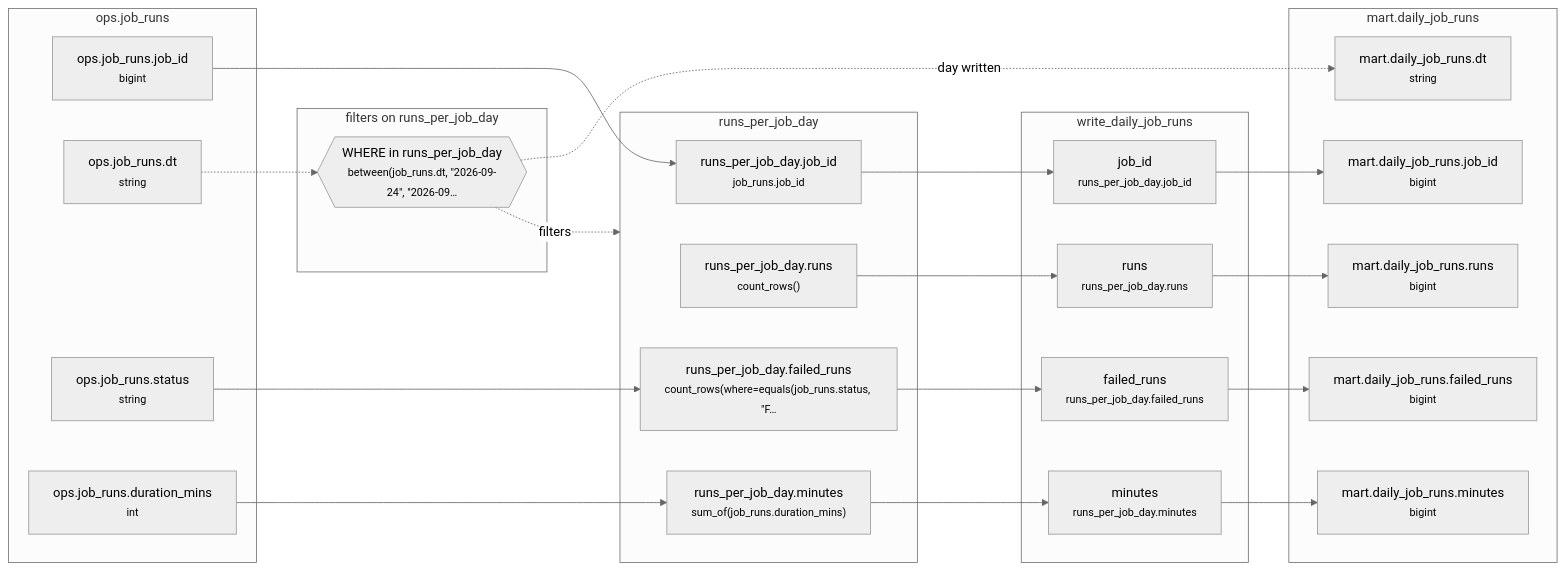
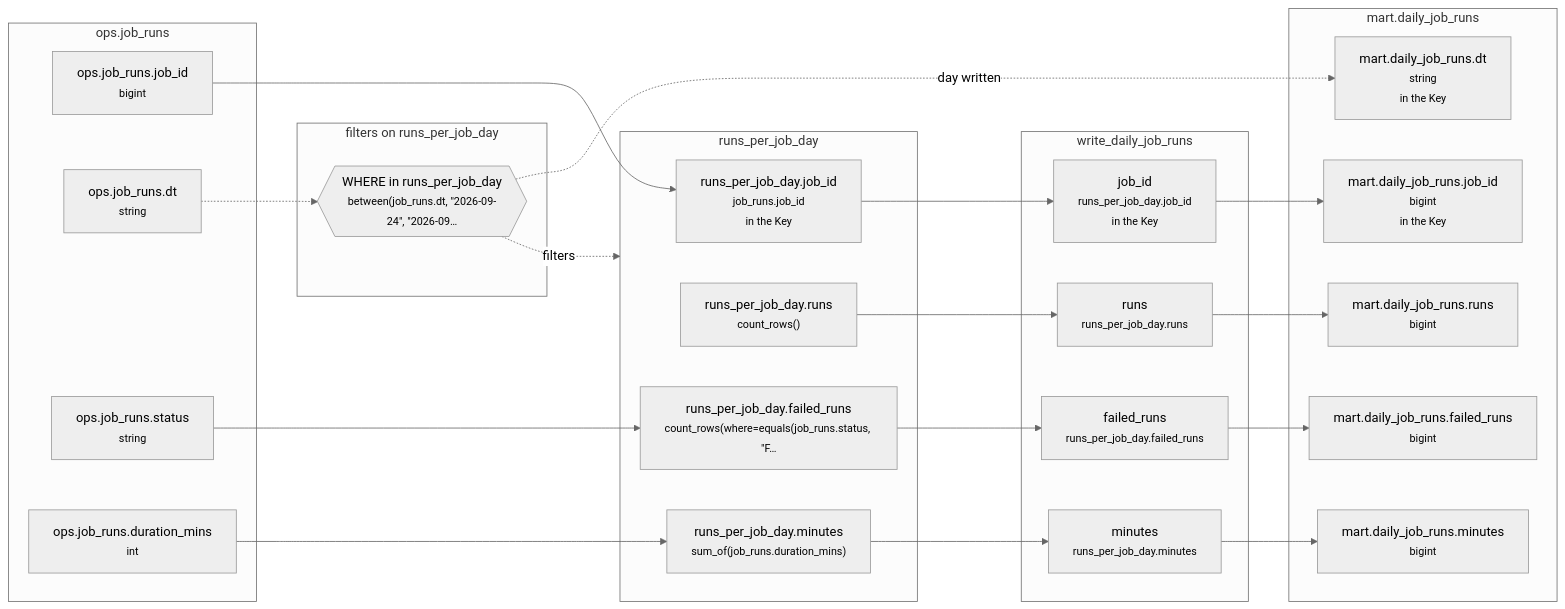
The diagram in example_projects/spark_composer/starter/lineage/example_1_daily_job_runs.md (EdgyPage/SQL-Composer), drawn with Mermaid (neutral theme) before and after one commit. The commit also changed other lines of this file and 159 other files, not shown here.

````diff
--- a/example_projects/spark_composer/starter/lineage/example_1_daily_job_runs.md
+++ b/example_projects/spark_composer/starter/lineage/example_1_daily_job_runs.md
@@ -8,45 +8,45 @@
 ```mermaid
 flowchart LR
   subgraph g0["ops.job_runs"]
     n0["ops.job_runs.job_id<br/><small>bigint</small>"]
     n2["ops.job_runs.dt<br/><small>string</small>"]
     n4["ops.job_runs.status<br/><small>string</small>"]
     n6["ops.job_runs.duration_mins<br/><small>int</small>"]
   end
   subgraph g1["runs_per_job_day"]
-    n1["runs_per_job_day.job_id<br/><small>job_runs.job_id</small>"]
+    n1["runs_per_job_day.job_id<br/><small>job_runs.job_id</small><br/><small>in the Key</small>"]
     n3["runs_per_job_day.runs<br/><small>count_rows()</small>"]
     n5["runs_per_job_day.failed_runs<br/><small>count_rows(where=equals(job_runs.status, #quot;F…</small>"]
     n7["runs_per_job_day.minutes<br/><small>sum_of(job_runs.duration_mins)</small>"]
   end
   subgraph g2["filters on runs_per_job_day"]
     n8{{"WHERE in runs_per_job_day<br/><small>between(job_runs.dt, #quot;2026-09-24#quot;, #quot;2026-09…</small>"}}
   end
   subgraph g3["write_daily_job_runs"]
-    n9["job_id<br/><small>runs_per_job_day.job_id</small>"]
+    n9["job_id<br/><small>runs_per_job_day.job_id</small><br/><small>in the Key</small>"]
     n10["runs<br/><small>runs_per_job_day.runs</small>"]
     n11["failed_runs<br/><small>runs_per_job_day.failed_runs</small>"]
     n12["minutes<br/><small>runs_per_job_day.minutes</small>"]
   end
   subgraph g4["mart.daily_job_runs"]
-    n13["mart.daily_job_runs.job_id<br/><small>bigint</small>"]
+    n13["mart.daily_job_runs.job_id<br/><small>bigint</small><br/><small>in the Key</small>"]
     n14["mart.daily_job_runs.runs<br/><small>bigint</small>"]
     n15["mart.daily_job_runs.failed_runs<br/><small>bigint</small>"]
     n16["mart.daily_job_runs.minutes<br/><small>bigint</small>"]
-    n17["mart.daily_job_runs.dt<br/><small>string</small>"]
+    n17["mart.daily_job_runs.dt<br/><small>string</small><br/><small>in the Key</small>"]
   end
   n0 --> n1
   n4 --> n5
   n6 --> n7
   n2 -.-> n8
   n1 --> n9
   n3 --> n10
   n5 --> n11
   n7 --> n12
   n9 --> n13
   n10 --> n14
   n11 --> n15
   n12 --> n16
   n8 -.->|day written| n17
   n8 -.->|filters| g1
 ```
````
